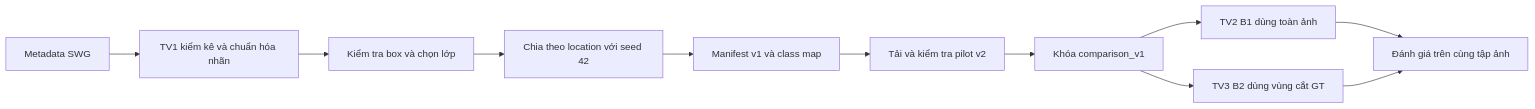
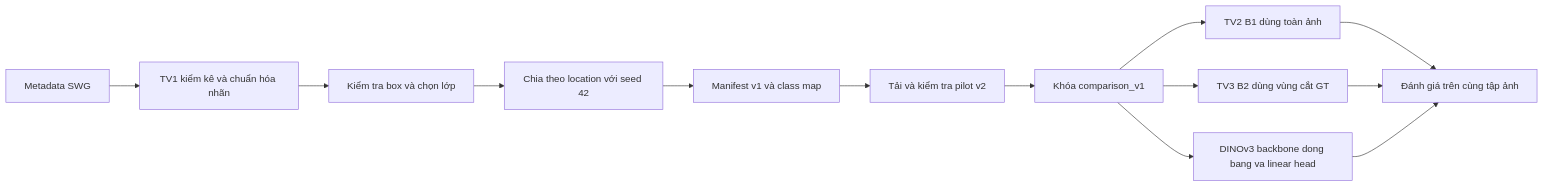
Before and after one commit to huyryan220806/Camera-Trap-ML: the first of 2 diagrams in docs/architecture.md, drawn with Mermaid. The commit also changed other lines of this file and 21 other files, not shown here.

````diff
--- a/docs/architecture.md
+++ b/docs/architecture.md
@@ -29,13 +29,15 @@
 ```mermaid
 flowchart LR
   A[Metadata SWG] --> B[TV1 kiểm kê và chuẩn hóa nhãn]
   B --> C[Kiểm tra box và chọn lớp]
   C --> D[Chia theo location với seed 42]
   D --> E[Manifest v1 và class map]
   E --> V[Tải và kiểm tra pilot v2]
   V --> W[Khóa comparison_v1]
   W --> F[TV2 B1 dùng toàn ảnh]
   W --> G[TV3 B2 dùng vùng cắt GT]
   F --> H[Đánh giá trên cùng tập ảnh]
   G --> H
+  W --> I[DINOv3 backbone dong bang va linear head]
+  I --> H
 ```
````
